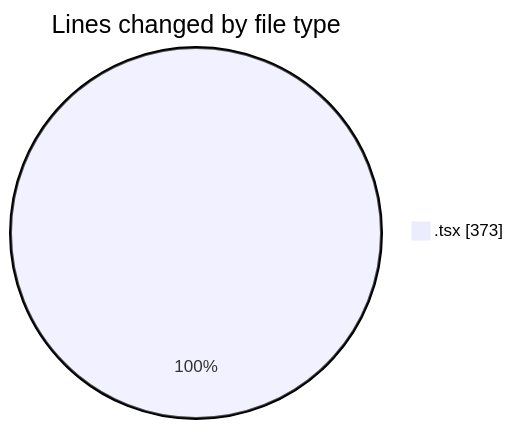
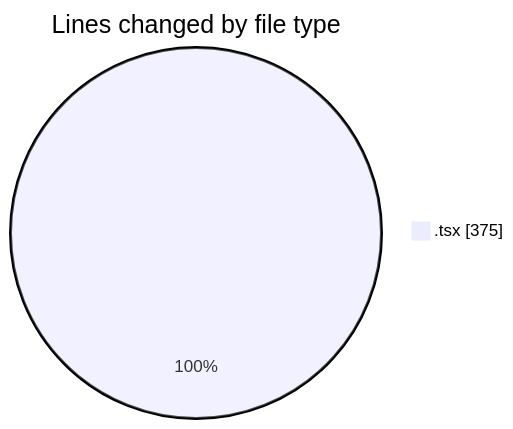
The first of 2 diagrams in 2025-05-03/niten/README.md (Elitesun/code-tracking), drawn with Mermaid before and after one commit. The commit also changed other lines of this file and 1 other file, not shown here.

````diff
--- a/2025-05-03/niten/README.md
+++ b/2025-05-03/niten/README.md
@@ -21,5 +21,5 @@
 ```mermaid
 pie showData
 title Lines changed by file type
-".tsx" : 373
+".tsx" : 375
 ```
````
